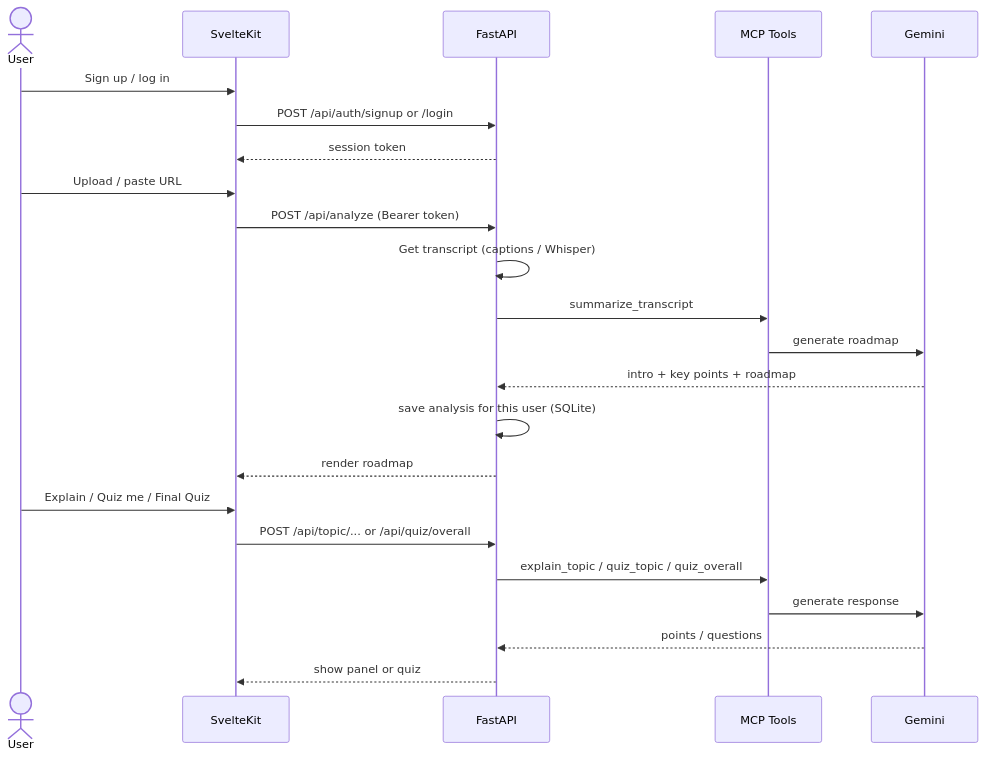
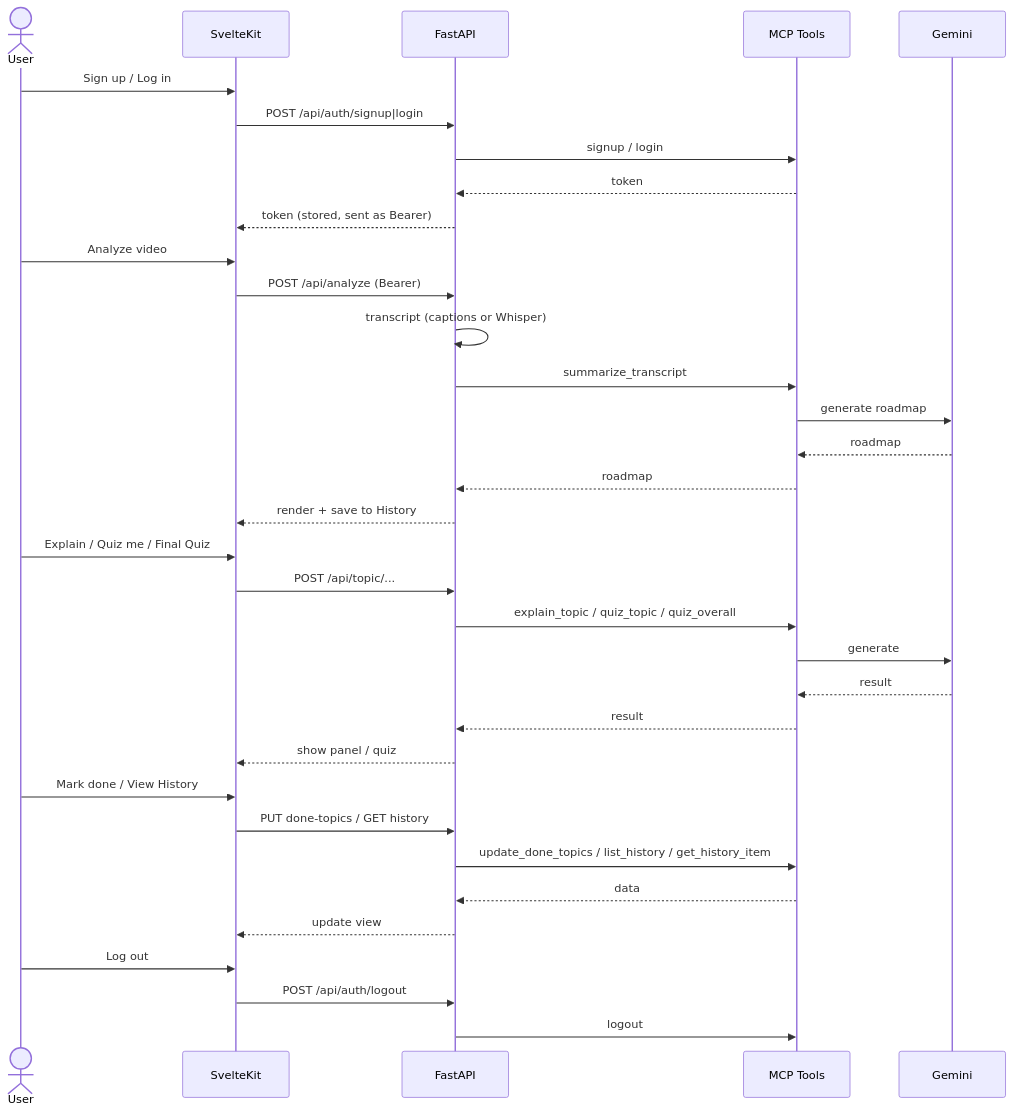
Before and after one commit to Keerthi292/AI-Video-Knowledge-Extractor: the second of 2 diagrams in README.md, drawn with Mermaid. The commit also changed other lines of this file and 14 other files, not shown here.

````diff
--- a/README.md
+++ b/README.md
@@ -59,28 +64,41 @@
 ```mermaid
 sequenceDiagram
     actor User
     participant UI as SvelteKit
     participant API as FastAPI
     participant MCP as MCP Tools
     participant G as Gemini
 
-    User->>UI: Sign up / log in
-    UI->>API: POST /api/auth/signup or /login
-    API-->>UI: session token
+    User->>UI: Sign up / Log in
+    UI->>API: POST /api/auth/signup|login
+    API->>MCP: signup / login
+    MCP-->>API: token
+    API-->>UI: token (stored, sent as Bearer)
 
-    User->>UI: Upload / paste URL
-    UI->>API: POST /api/analyze (Bearer token)
-    API->>API: Get transcript (captions / Whisper)
+    User->>UI: Analyze video
+    UI->>API: POST /api/analyze (Bearer)
+    API->>API: transcript (captions or Whisper)
     API->>MCP: summarize_transcript
     MCP->>G: generate roadmap
-    G-->>API: intro + key points + roadmap
-    API->>API: save analysis for this user (SQLite)
-    API-->>UI: render roadmap
+    G-->>MCP: roadmap
+    MCP-->>API: roadmap
+    API-->>UI: render + save to History
 
     User->>UI: Explain / Quiz me / Final Quiz
-    UI->>API: POST /api/topic/... or /api/quiz/overall
+    UI->>API: POST /api/topic/... 
     API->>MCP: explain_topic / quiz_topic / quiz_overall
-    MCP->>G: generate response
-    G-->>API: points / questions
-    API-->>UI: show panel or quiz
+    MCP->>G: generate
+    G-->>MCP: result
+    MCP-->>API: result
+    API-->>UI: show panel / quiz
+
+    User->>UI: Mark done / View History
+    UI->>API: PUT done-topics / GET history
+    API->>MCP: update_done_topics / list_history / get_history_item
+    MCP-->>API: data
+    API-->>UI: update view
+
+    User->>UI: Log out
+    UI->>API: POST /api/auth/logout
+    API->>MCP: logout
 ```
````
